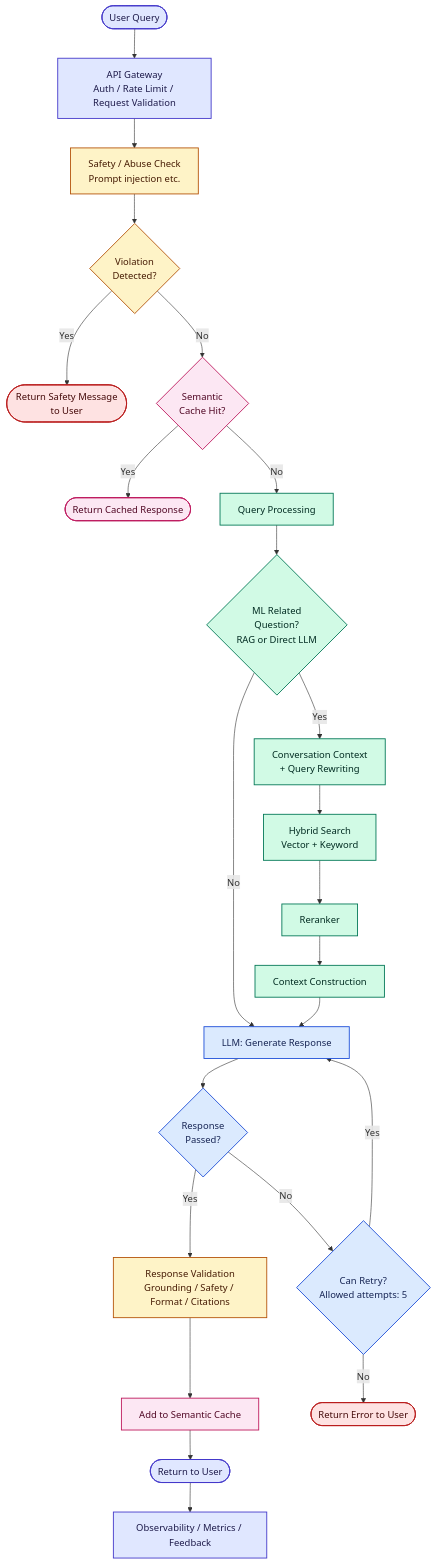
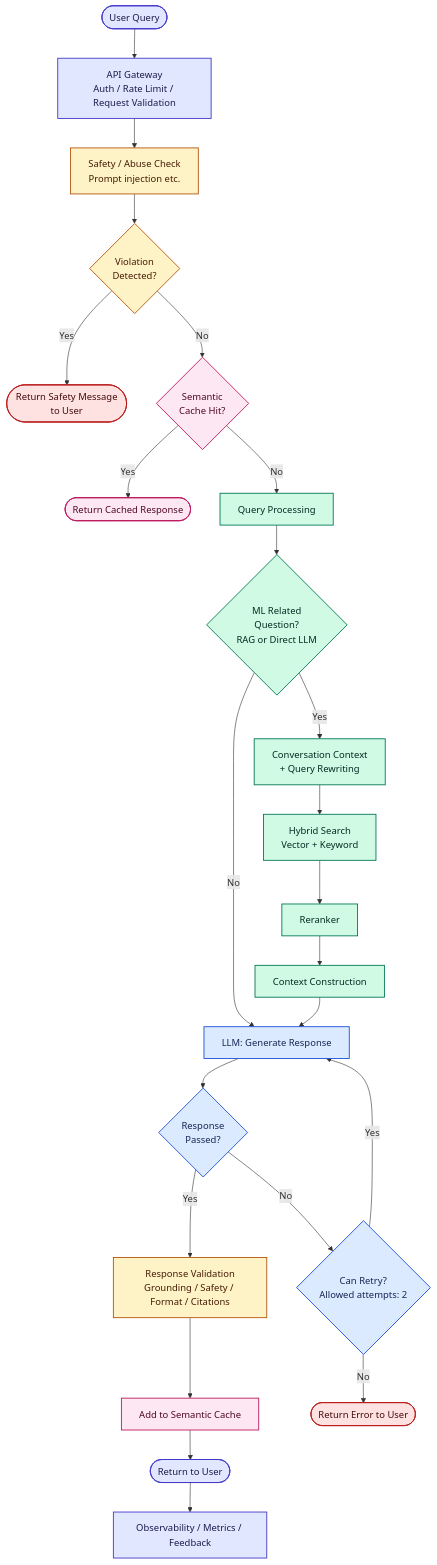
One commit to KushagraKumarSinha/Chatbot_Architecture_V2 changed the diagram in README.md. Above: the diagram before and after it, drawn with Mermaid.

Commit message:
Changed allowed attempt from 5 to 2

````diff
--- a/README.md
+++ b/README.md
@@ -2,37 +2,37 @@
 ```mermaid
 flowchart TD
     A(["User Query"]) --> B["API Gateway<br/>Auth / Rate Limit / Request Validation"]
     B --> C["Safety / Abuse Check<br/>Prompt injection etc."]
     C --> C1{"Violation<br/>Detected?"}
     C1 -->|Yes| C2(["Return Safety Message<br/>to User"])
     C1 -->|No| D{"Semantic<br/>Cache Hit?"}
     D -->|Yes| E(["Return Cached Response"])
     D -->|No| F["Query Processing"]
     F --> G{"ML Related<br/>Question?<br/>RAG or Direct LLM"}
     G -->|No| L["LLM: Generate Response"]
     G -->|Yes| H["Conversation Context<br/>+ Query Rewriting"]
     H --> I["Hybrid Search<br/>Vector + Keyword"]
     I --> J["Reranker"]
     J --> K["Context Construction"]
     K --> L
     L --> P{"Response<br/>Passed?"}
     P -->|Yes| M["Response Validation<br/>Grounding / Safety / Format / Citations"]
-    P -->|No| Q{"Can Retry?<br/>Allowed attempts: 5"}
+    P -->|No| Q{"Can Retry?<br/>Allowed attempts: 2"}
     Q -->|Yes| L
     Q -->|No| R(["Return Error to User"])
     M --> S["Add to Semantic Cache"]
     S --> N(["Return to User"])
     N --> O["Observability / Metrics / Feedback"]
     classDef entry fill:#e0e7ff,stroke:#4338ca,stroke-width:1.5px,color:#1e1b4b
     classDef security fill:#fef3c7,stroke:#b45309,stroke-width:1.5px,color:#451a03
     classDef cache fill:#fce7f3,stroke:#be185d,stroke-width:1.5px,color:#500724
     classDef retrieval fill:#d1fae5,stroke:#047857,stroke-width:1.5px,color:#022c22
     classDef generation fill:#dbeafe,stroke:#1d4ed8,stroke-width:1.5px,color:#172554
     classDef errorpath fill:#fee2e2,stroke:#b91c1c,stroke-width:1.5px,color:#450a0a
     class A,B,N,O entry
     class C,C1,M security
     class C2,R errorpath
     class D,E,S cache
     class F,G,H,I,J,K retrieval
     class L,P,Q generation
 ```
````
